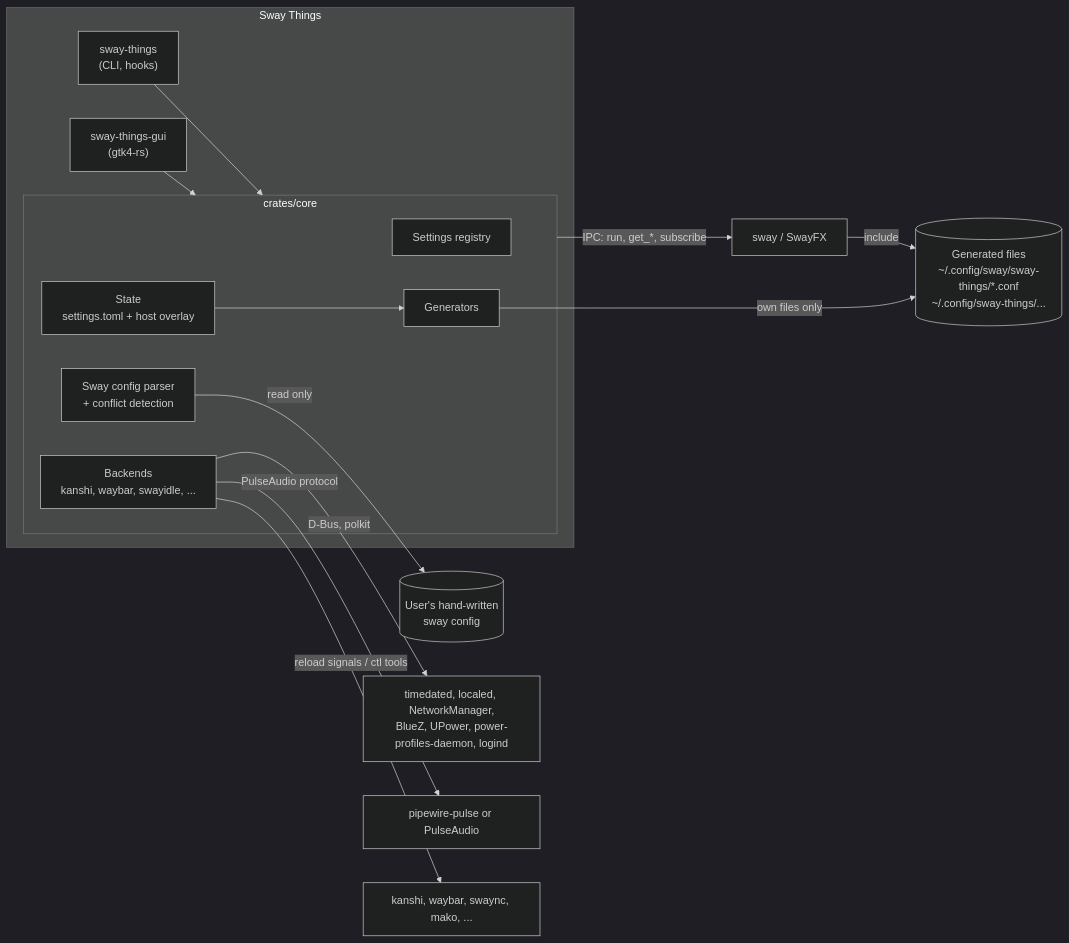
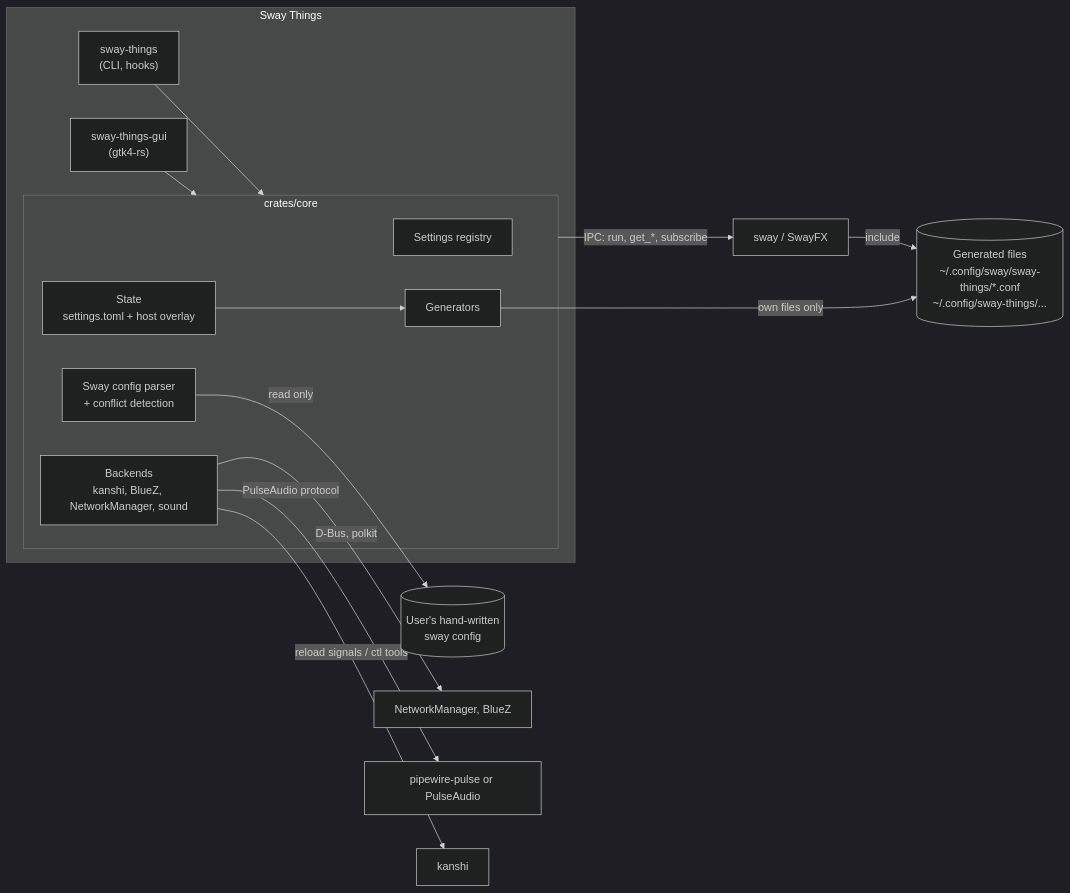
Before and after one commit to mowi12/sway-things: the diagram in wiki/Architecture.md, drawn with Mermaid (dark theme). The commit also changed other lines of this file and 3 other files, not shown here.

First line of the commit message:
docs(wiki): correct the architecture and UX pages where they differ from the code

````diff
--- a/wiki/Architecture.md
+++ b/wiki/Architecture.md
@@ -8,25 +8,25 @@
 ```mermaid
 flowchart LR
     subgraph app[Sway Things]
         GUI["sway-things-gui<br/>(gtk4-rs)"]
         CLI["sway-things<br/>(CLI, hooks)"]
         subgraph core[crates/core]
             REG["Settings registry"]
             ST["State<br/>settings.toml + host overlay"]
             GEN["Generators"]
             PAR["Sway config parser<br/>+ conflict detection"]
-            BE["Backends<br/>kanshi, waybar, swayidle, ..."]
+            BE["Backends<br/>kanshi, BlueZ, NetworkManager, sound"]
         end
     end
 
     GUI --> core
     CLI --> core
     ST --> GEN
     GEN -->|"own files only"| FILES[("Generated files<br/>~/.config/sway/sway-things/*.conf<br/>~/.config/sway-things/...")]
     core -->|"IPC: run, get_*, subscribe"| SWAY["sway / SwayFX"]
     PAR -->|"read only"| USERCFG[("User's hand-written<br/>sway config")]
-    BE -->|"D-Bus, polkit"| SYS["timedated, localed, NetworkManager,<br/>BlueZ, UPower, power-profiles-daemon, logind"]
+    BE -->|"D-Bus, polkit"| SYS["NetworkManager, BlueZ"]
     BE -->|"PulseAudio protocol"| SOUND["pipewire-pulse or PulseAudio"]
-    BE -->|"reload signals / ctl tools"| TOOLS["kanshi, waybar, swaync, mako, ..."]
+    BE -->|"reload signals / ctl tools"| TOOLS["kanshi"]
     SWAY -->|include| FILES
 ```
````
